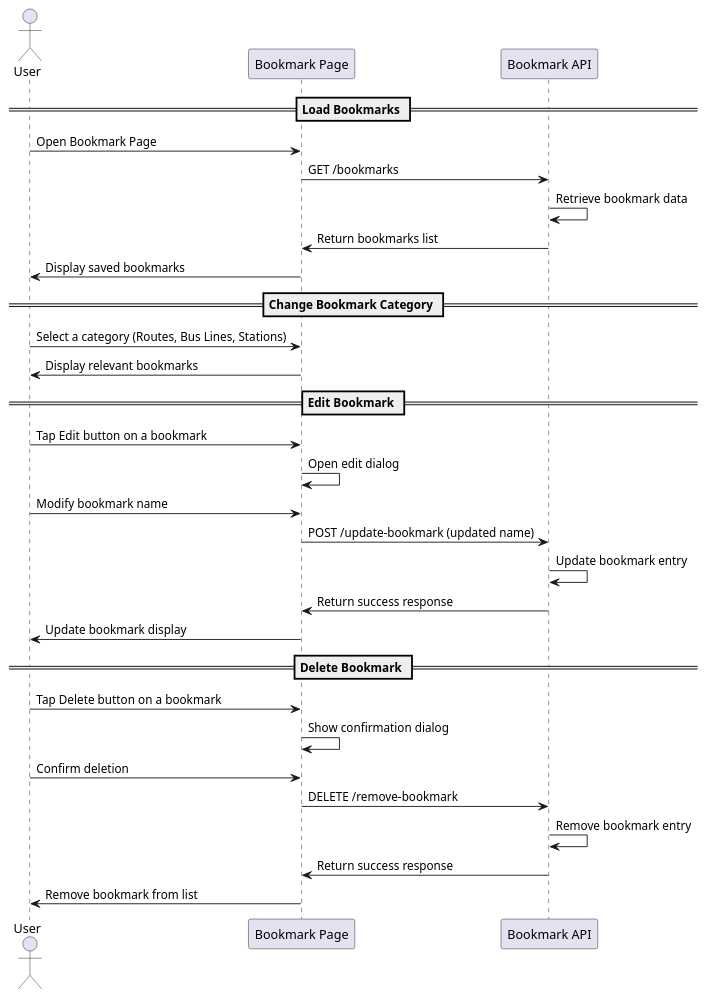
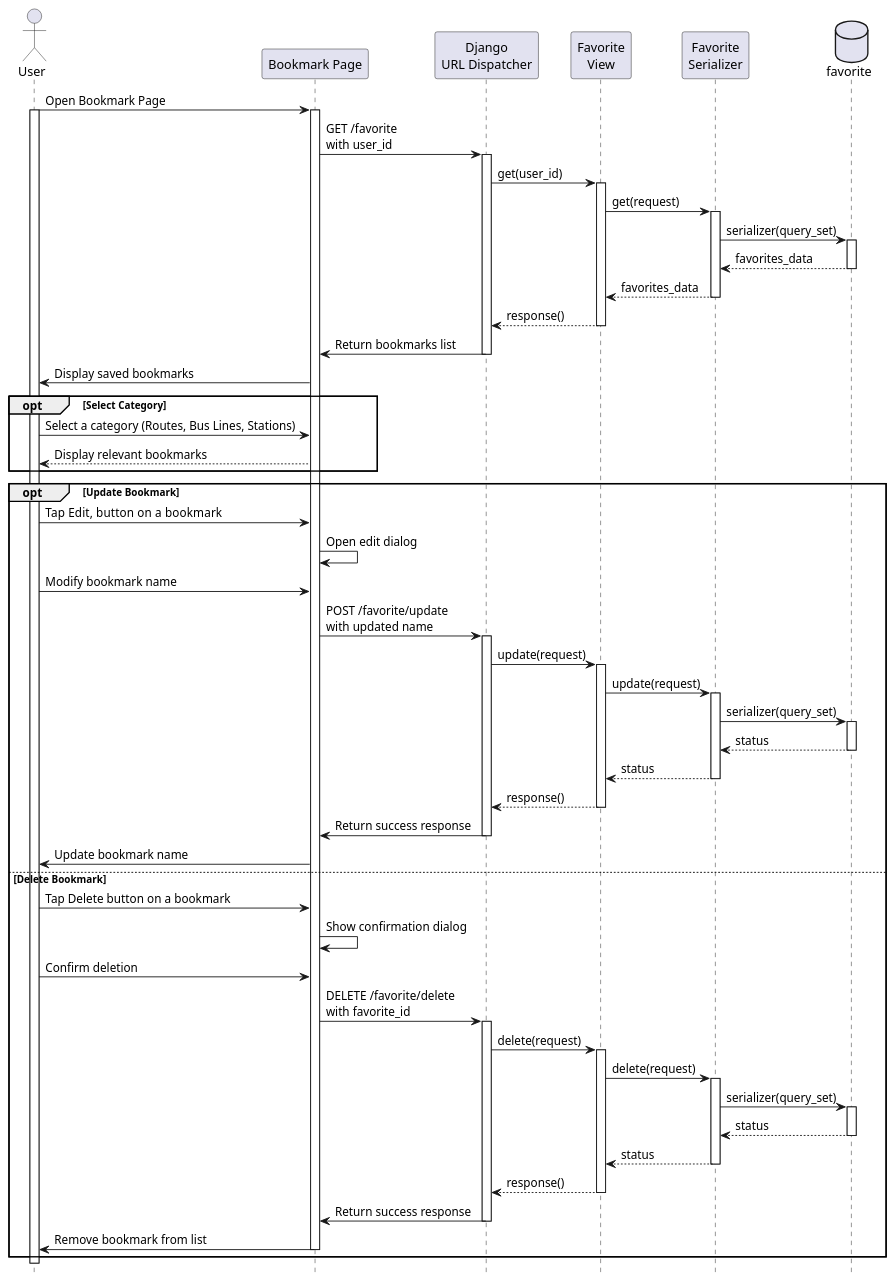
One commit to KMITL-BusBuddy/diagram changed the diagram in bookmark/bookmark.puml. Above: the diagram before and after it, drawn with PlantUML. The commit also changed 8 other files, not shown here.

Commit message:
update latest diagram

```diff
--- a/bookmark/bookmark.puml
+++ b/bookmark/bookmark.puml
@@ -1,37 +1,96 @@
 @startuml bookmark
+
+hide footbox
 
 actor User
 participant "Bookmark Page" as UI
-participant "Bookmark API" as API
+participant "Django\nURL Dispatcher" as API
+participant "Favorite\nView" as view
+participant "Favorite\nSerializer" as serializer
+database "favorite" as table
 
-== Load Bookmarks ==
+
 User -> UI: Open Bookmark Page
-UI -> API: GET /bookmarks
-API -> API: Retrieve bookmark data
+activate User
+activate UI
+UI -> API: GET /favorite \nwith user_id
+activate API
+
+' API Call
+API -> view: get(user_id)
+activate view
+view -> serializer: get(request)
+activate serializer
+serializer -> table: serializer(query_set)
+activate table
+
+table --> serializer: favorites_data
+deactivate table
+serializer --> view: favorites_data
+deactivate serializer
+view --> API: response()
+deactivate view
+
 API -> UI: Return bookmarks list
+deactivate API
 UI -> User: Display saved bookmarks
 
-== Change Bookmark Category ==
-User -> UI: Select a category (Routes, Bus Lines, Stations)
-UI -> User: Display relevant bookmarks
+opt Select Category
+    User -> UI: Select a category (Routes, Bus Lines, Stations)
+    UI --> User: Display relevant bookmarks
+end
 
-== Edit Bookmark ==
-User -> UI: Tap Edit button on a bookmark
-UI -> UI: Open edit dialog
-User -> UI: Modify bookmark name
-UI -> API: POST /update-bookmark (updated name)
-API -> API: Update bookmark entry
-API -> UI: Return success response
-UI -> User: Update bookmark display
+opt Update Bookmark
+    User -> UI: Tap Edit,  button on a bookmark
+    UI -> UI: Open edit dialog
+    User -> UI: Modify bookmark name
+    UI -> API: POST /favorite/update \nwith updated name
+    activate API
+    API -> view: update(request)
+    activate view
+    view -> serializer: update(request)
+    activate serializer
+    serializer -> table: serializer(query_set)
+    activate table
 
-== Delete Bookmark ==
-User -> UI: Tap Delete button on a bookmark
-UI -> UI: Show confirmation dialog
-User -> UI: Confirm deletion
-UI -> API: DELETE /remove-bookmark
-API -> API: Remove bookmark entry
-API -> UI: Return success response
-UI -> User: Remove bookmark from list
+    table --> serializer: status
+    deactivate table
+    serializer --> view: status
+    deactivate serializer
+    view --> API: response()
+    deactivate view
+    API -> UI: Return success response
+    deactivate API
+    UI -> User: Update bookmark name
 
+else Delete Bookmark
+    User -> UI: Tap Delete button on a bookmark
+    UI -> UI: Show confirmation dialog
+    User -> UI: Confirm deletion
+    UI -> API: DELETE /favorite/delete \nwith favorite_id
+    activate API
+
+    ' API Call
+    API -> view: delete(request)
+    activate view
+    view -> serializer: delete(request)
+    activate serializer
+    serializer -> table: serializer(query_set)
+    activate table
+
+    table --> serializer: status
+    deactivate table
+    serializer --> view: status
+    deactivate serializer
+    view --> API: response()
+    deactivate view
+
+    API -> UI: Return success response
+    deactivate API
+    UI -> User: Remove bookmark from list
+    deactivate UI
+end
+
+deactivate User
 
 @enduml
```
